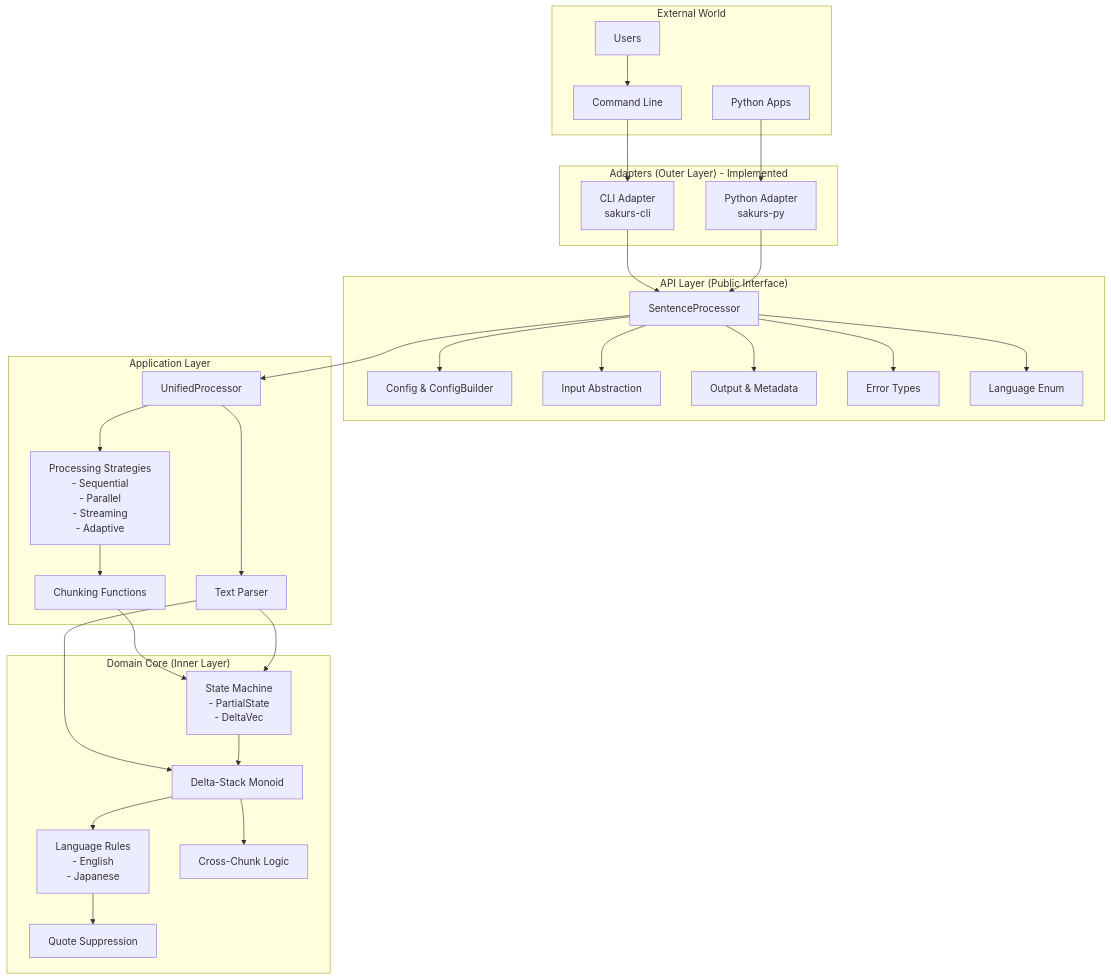
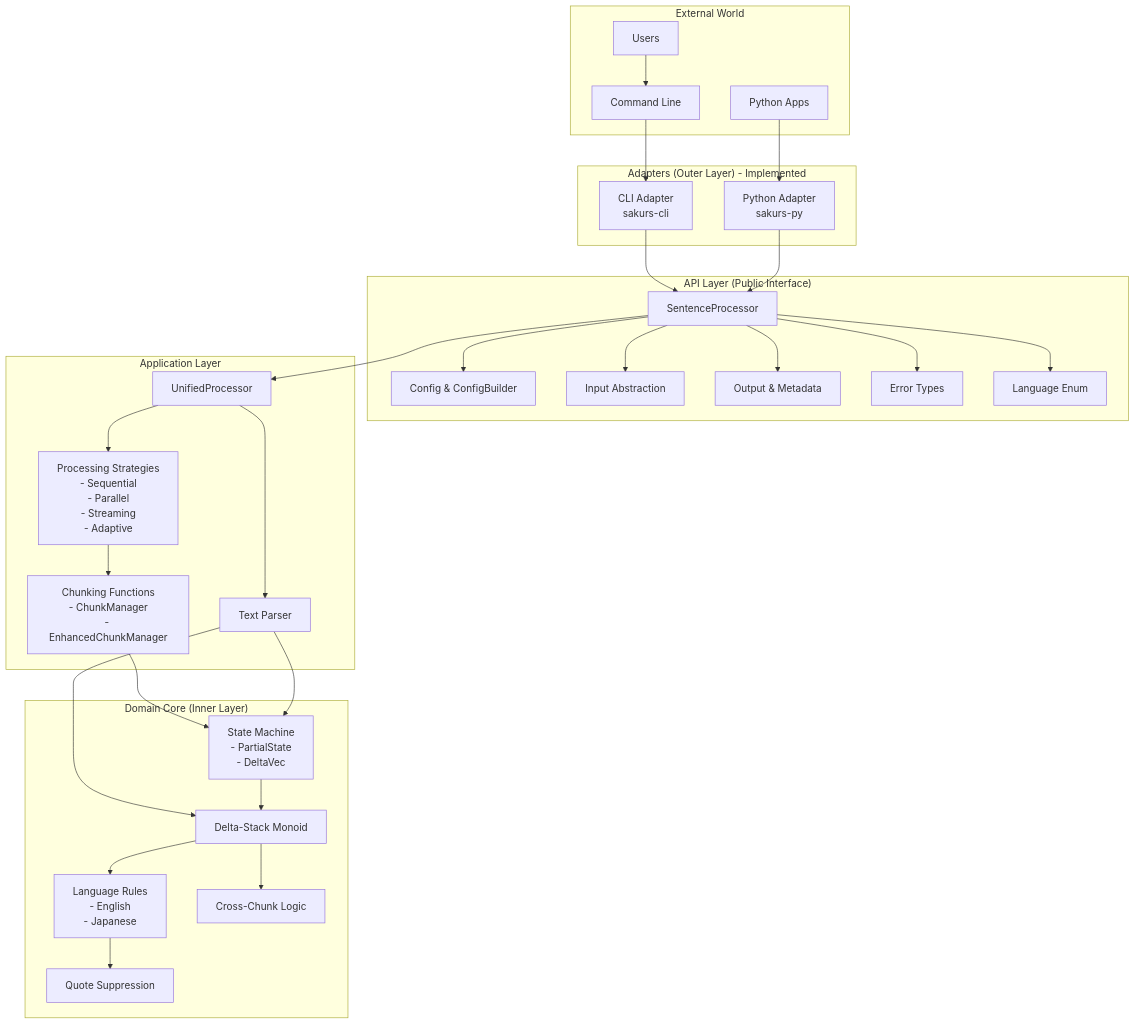
Before and after one commit to sog4be/sakurs: the first of 2 diagrams in docs/ARCHITECTURE.md, drawn with Mermaid. The commit also changed other lines of this file and 7 other files, not shown here.

First line of the commit message:
feat: implement EnhancedChunkManager for cross-chunk pattern detection

````diff
--- a/docs/ARCHITECTURE.md
+++ b/docs/ARCHITECTURE.md
@@ -18,63 +18,63 @@
 ```mermaid
 graph TB
     subgraph "External World"
         USER[Users]
         PY[Python Apps]
         CLI[Command Line]
     end
     
     subgraph "Adapters (Outer Layer) - Implemented"
         ADP_CLI[CLI Adapter<br/>sakurs-cli]
         ADP_PY[Python Adapter<br/>sakurs-py]
     end
     
     subgraph "API Layer (Public Interface)"
         API[SentenceProcessor]
         CFG[Config & ConfigBuilder]
         IN[Input Abstraction]
         OUT[Output & Metadata]
         ERR[Error Types]
         LANG[Language Enum]
     end
     
     subgraph "Application Layer"
         APP[UnifiedProcessor]
         STRAT[Processing Strategies<br/>- Sequential<br/>- Parallel<br/>- Streaming<br/>- Adaptive]
-        CHUNK[Chunking Functions]
+        CHUNK[Chunking Functions<br/>- ChunkManager<br/>- EnhancedChunkManager]
         PARSER[Text Parser]
     end
     
     subgraph "Domain Core (Inner Layer)"
         ALGO[Delta-Stack Monoid]
         RULES[Language Rules<br/>- English<br/>- Japanese]
         STATE[State Machine<br/>- PartialState<br/>- DeltaVec]
         CROSS[Cross-Chunk Logic]
         QUOTE[Quote Suppression]
     end
     
     USER --> CLI
     CLI --> ADP_CLI
     PY --> ADP_PY
     
     ADP_CLI --> API
     ADP_PY --> API
     
     API --> CFG
     API --> IN
     API --> OUT
     API --> ERR
     API --> LANG
     API --> APP
     
     APP --> STRAT
     APP --> PARSER
     STRAT --> CHUNK
     PARSER --> ALGO
     
     CHUNK --> STATE
     PARSER --> STATE
     STATE --> ALGO
     ALGO --> RULES
     ALGO --> CROSS
     RULES --> QUOTE
 ```
````
